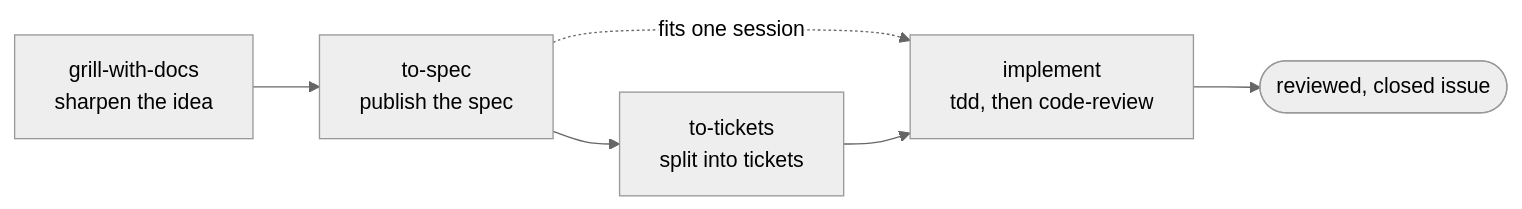
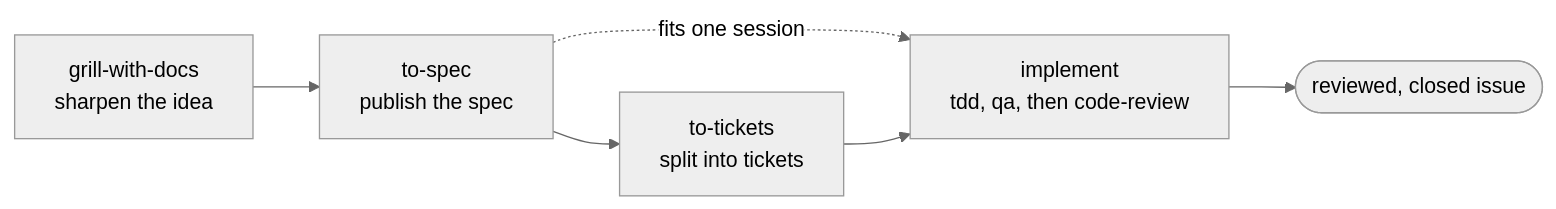
One commit to svyatov/supermatt changed the diagram in README.md. Above: the diagram before and after it, drawn with Mermaid (neutral theme). The commit also changed other lines of this file and 8 other files, not shown here.

Commit message:
feat(qa): QA the running program before code review (#53)

````diff
--- a/README.md
+++ b/README.md
@@ -83,8 +83,8 @@
 ```mermaid
 flowchart LR
   grill["grill-with-docs<br>sharpen the idea"] --> spec["to-spec<br>publish the spec"]
   spec --> tickets["to-tickets<br>split into tickets"]
   spec -. fits one session .-> implement
-  tickets --> implement["implement<br>tdd, then code-review"]
+  tickets --> implement["implement<br>tdd, qa, then code-review"]
   implement --> done(["reviewed, closed issue"])
 ```
````
